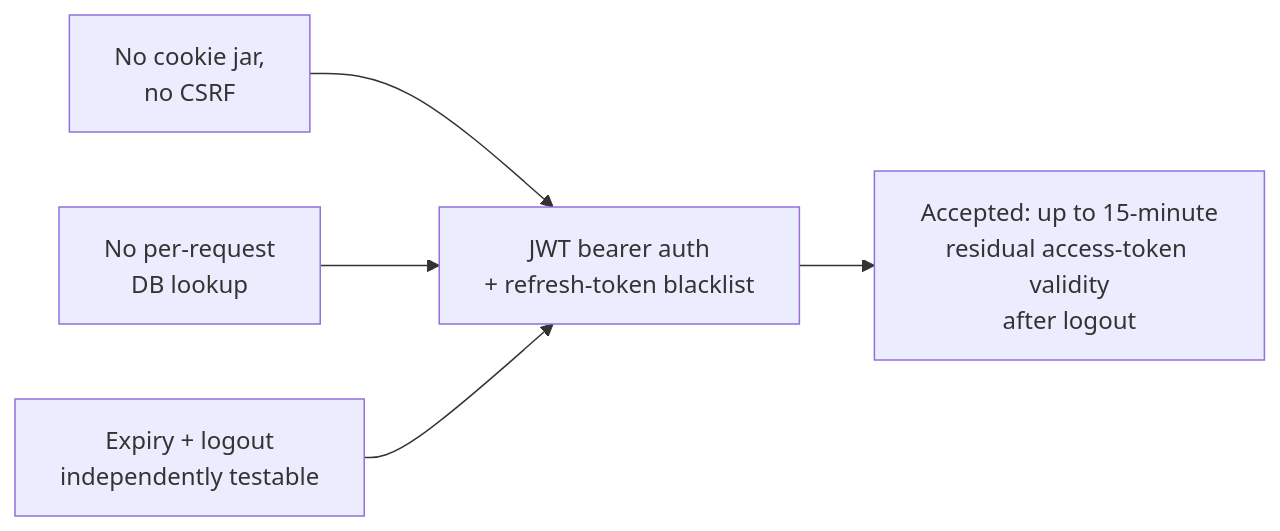
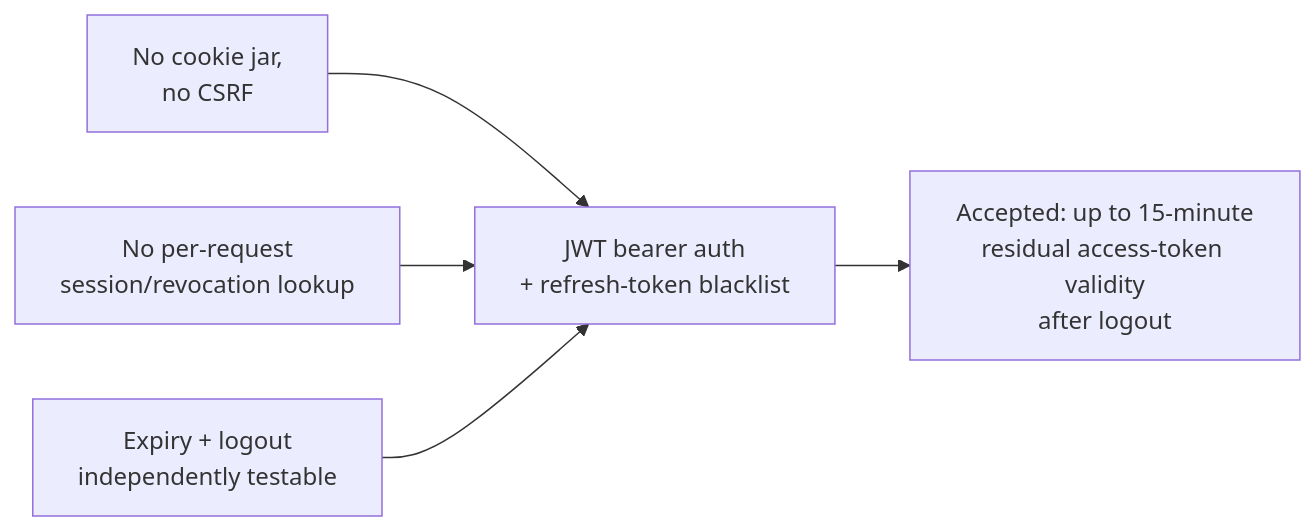
The fifth of 5 diagrams in docs/adr/0009-jwt-mobile-authentication.md (dinhostork/pulso), drawn with Mermaid before and after one commit. The commit also changed other lines of this file and 19 other files, not shown here.

````diff
--- a/docs/adr/0009-jwt-mobile-authentication.md
+++ b/docs/adr/0009-jwt-mobile-authentication.md
@@ -473,14 +482,14 @@
 ```mermaid
 flowchart LR
     Mobile["No cookie jar,<br/>no CSRF"]
-    Stateless["No per-request<br/>DB lookup"]
+    Stateless["No per-request<br/>session/revocation lookup"]
     Testable["Expiry + logout<br/>independently testable"]
 
     Decision["JWT bearer auth<br/>+ refresh-token blacklist"]
 
     Mobile --> Decision
     Stateless --> Decision
     Testable --> Decision
 
     Decision --> Tradeoff["Accepted: up to 15-minute<br/>residual access-token validity<br/>after logout"]
 ```
````
